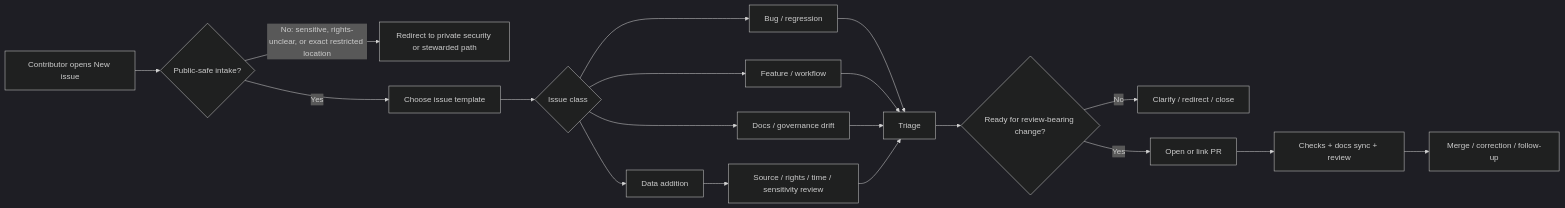
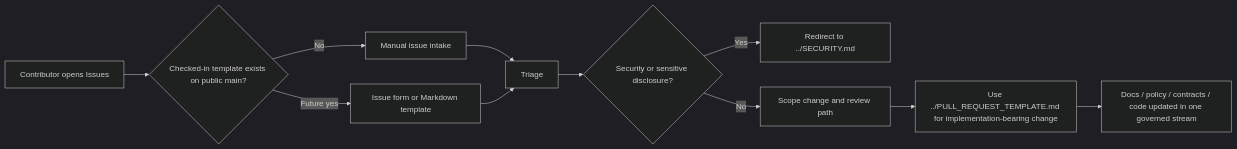
Before and after one commit to bartytime4life/Kansas-Frontier-Matrix: the diagram in .github/ISSUE_TEMPLATE/README.md, drawn with Mermaid (dark theme). The commit also changed other lines of this file, not shown here.

First line of the commit message:
Revise KFM Issue Template README with ownership updates

````diff
--- a/.github/ISSUE_TEMPLATE/README.md
+++ b/.github/ISSUE_TEMPLATE/README.md
@@ -232,26 +205,17 @@
 ```mermaid
 flowchart LR
-    A[Contributor opens New issue] --> B{Public-safe intake?}
+    A[Contributor opens Issues] --> B{Checked-in template exists on public main?}
 
-    B -- No: sensitive, rights-unclear, or exact restricted location --> C[Redirect to private security or stewarded path]
-    B -- Yes --> D[Choose issue template]
+    B -- No --> C[Manual issue intake]
+    B -- Future yes --> D[Issue form or Markdown template]
 
-    D --> E{Issue class}
-    E --> F[Bug / regression]
-    E --> G[Feature / workflow]
-    E --> H[Data addition]
-    E --> I[Docs / governance drift]
+    C --> E[Triage]
+    D --> E
 
-    H --> J[Source / rights / time / sensitivity review]
-    F --> K[Triage]
-    G --> K
-    I --> K
-    J --> K
+    E --> F{Security or sensitive disclosure?}
+    F -- Yes --> G[Redirect to ../SECURITY.md]
+    F -- No --> H[Scope change and review path]
 
-    K --> L{Ready for review-bearing change?}
-    L -- No --> M[Clarify / redirect / close]
-    L -- Yes --> N[Open or link PR]
-
-    N --> O[Checks + docs sync + review]
-    O --> P[Merge / correction / follow-up]
+    H --> I[Use ../PULL_REQUEST_TEMPLATE.md for implementation-bearing change]
+    I --> J[Docs / policy / contracts / code updated in one governed stream]
 ```
````
